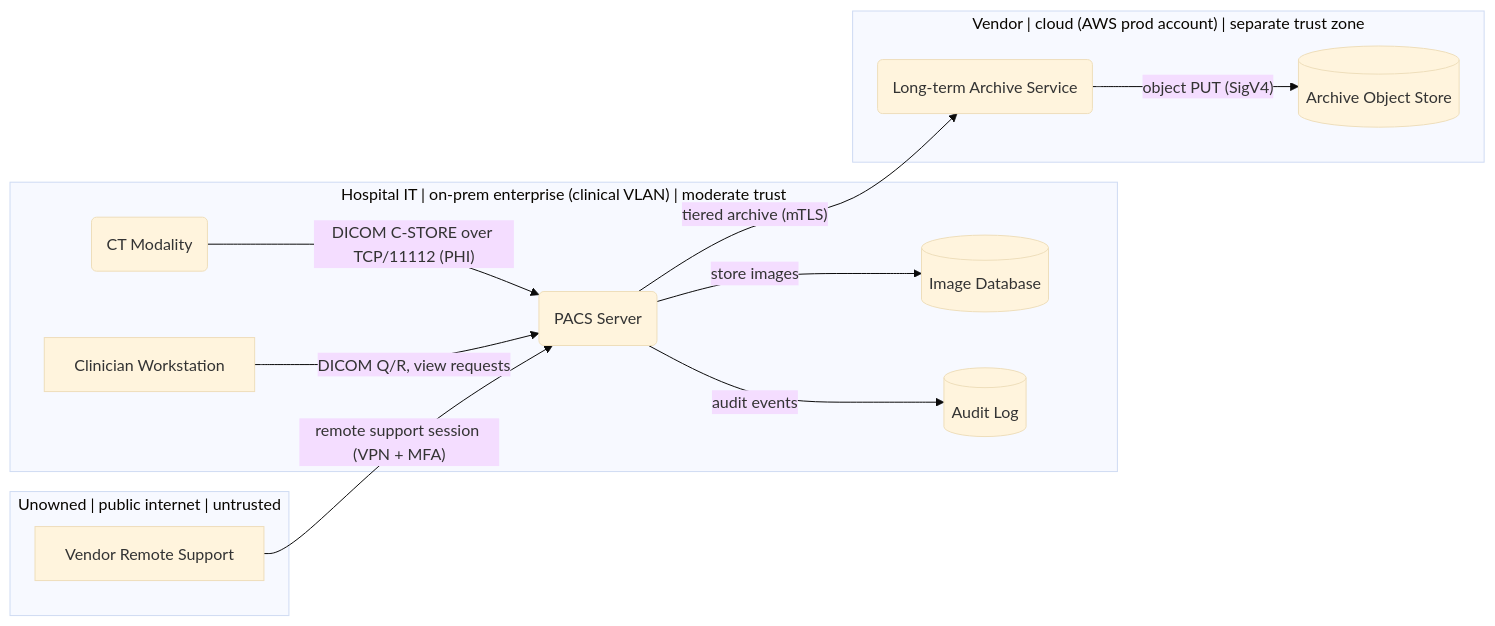
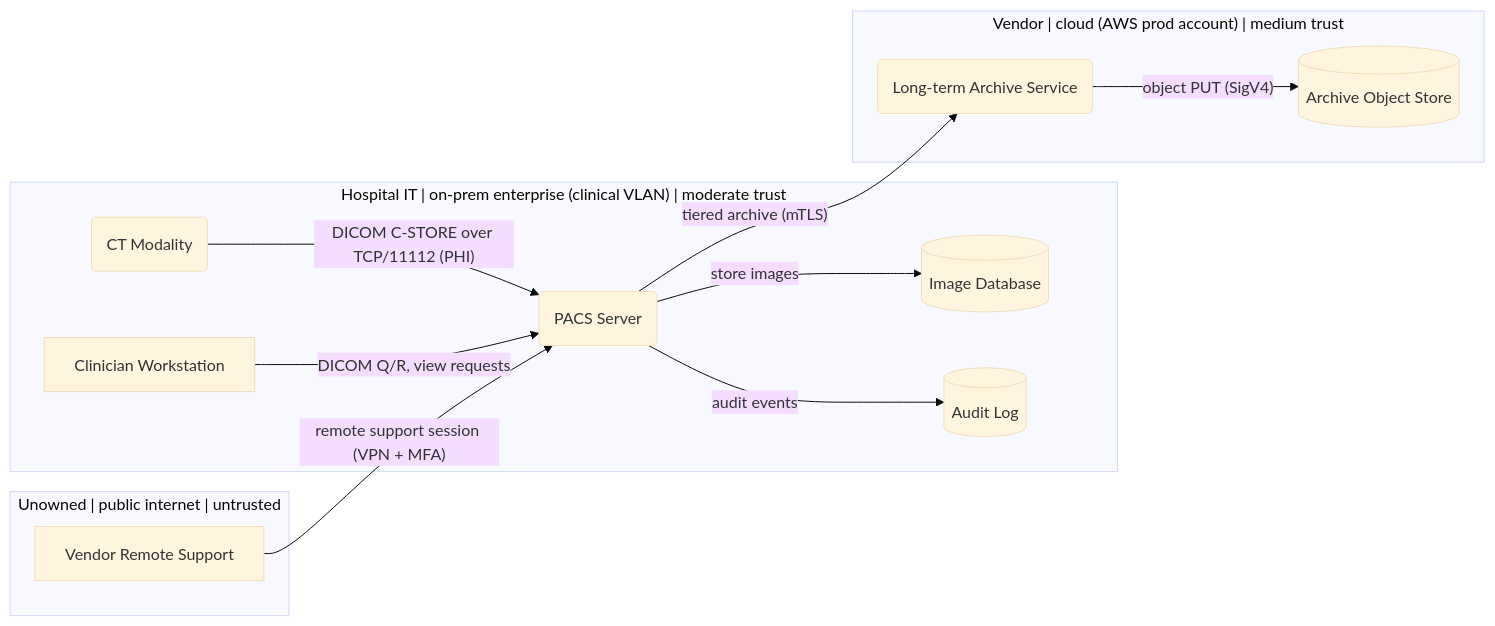
Before and after one commit to tmart234/threat-model-claude-skill: the diagram in references/dfd-mermaid.md, drawn with Mermaid (base theme). The commit also changed 2 other files, not shown here.

First paragraph of the commit message:
Tighten environments.md after audit: drop redundancy, fix factual issues
Audit of the previous commit's integration found four issues:

````diff
--- a/references/dfd-mermaid.md
+++ b/references/dfd-mermaid.md
@@ -28,27 +28,27 @@
 ```mermaid
 flowchart LR
     subgraph Hospital["Hospital IT | on-prem enterprise (clinical VLAN) | moderate trust"]
         Modality(CT Modality)
         Workstation[Clinician Workstation]
         PACS(PACS Server)
         ImageDB[(Image Database)]
         AuditDB[(Audit Log)]
     end
 
     subgraph Internet["Unowned | public internet | untrusted"]
         Vendor[Vendor Remote Support]
     end
 
-    subgraph Cloud["Vendor | cloud (AWS prod account) | separate trust zone"]
+    subgraph Cloud["Vendor | cloud (AWS prod account) | medium trust"]
         Archive(Long-term Archive Service)
         ArchiveStore[(Archive Object Store)]
     end
 
     Modality -- "DICOM C-STORE over TCP/11112 (PHI)" --> PACS
     Workstation -- "DICOM Q/R, view requests" --> PACS
     PACS -- "store images" --> ImageDB
     PACS -- "audit events" --> AuditDB
     PACS -- "tiered archive (mTLS)" --> Archive
     Archive -- "object PUT (SigV4)" --> ArchiveStore
     Vendor -- "remote support session (VPN + MFA)" --> PACS
 ```
````
